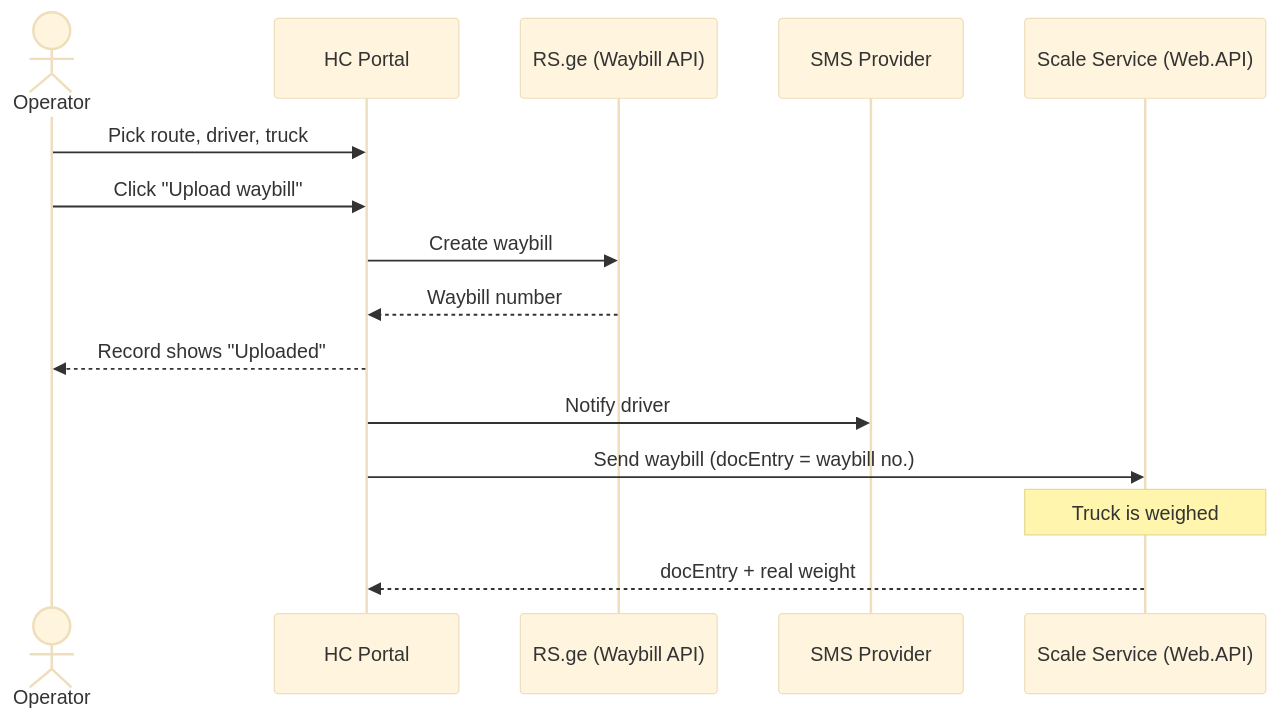
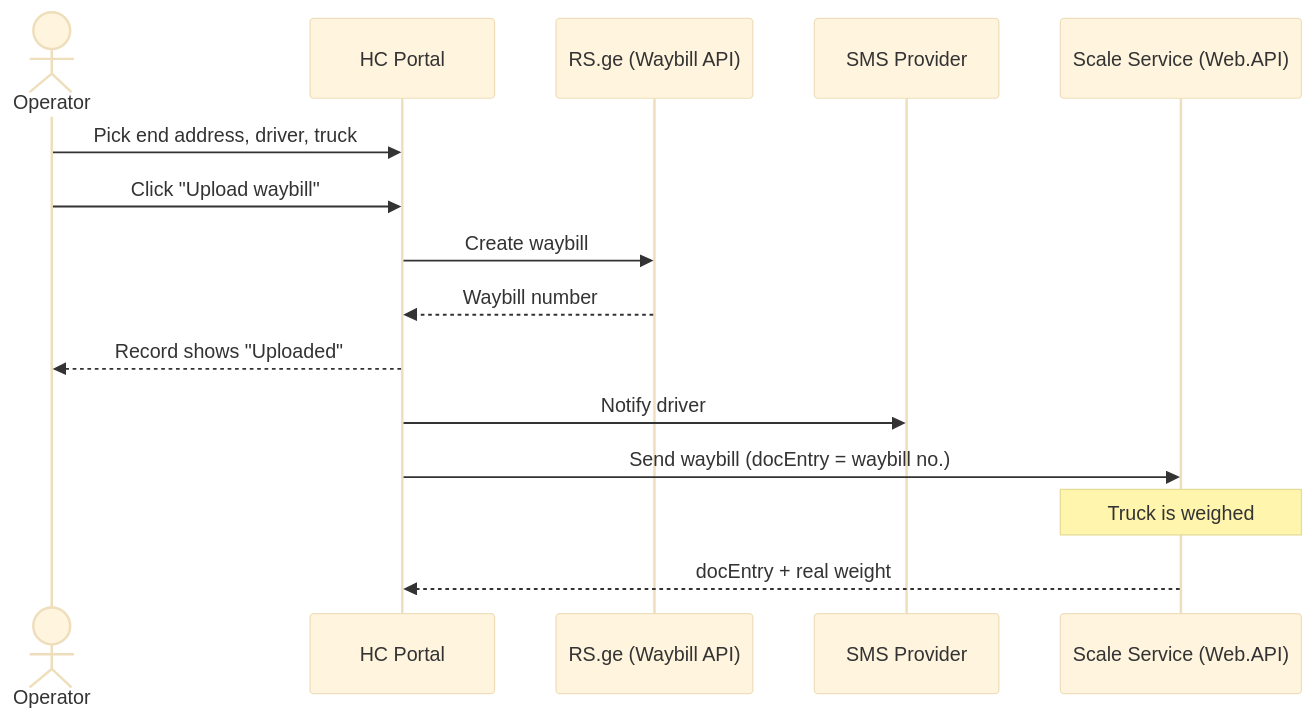
The first of 2 diagrams in README.md (nlortkipa/hc-waybills), drawn with Mermaid (base theme) before and after one commit. The commit also changed other lines of this file and 8 other files, not shown here.

````diff
--- a/README.md
+++ b/README.md
@@ -7,18 +7,18 @@
 ```mermaid
 sequenceDiagram
     actor Op as Operator
     participant App as HC Portal
     participant RS as RS.ge (Waybill API)
     participant SMS as SMS Provider
     participant Scale as Scale Service (Web.API)
 
-    Op->>App: Pick route, driver, truck
+    Op->>App: Pick end address, driver, truck
     Op->>App: Click "Upload waybill"
     App->>RS: Create waybill
     RS-->>App: Waybill number
     App-->>Op: Record shows "Uploaded"
     App->>SMS: Notify driver
     App->>Scale: Send waybill (docEntry = waybill no.)
     Note over Scale: Truck is weighed
     Scale-->>App: docEntry + real weight
 ```
````
